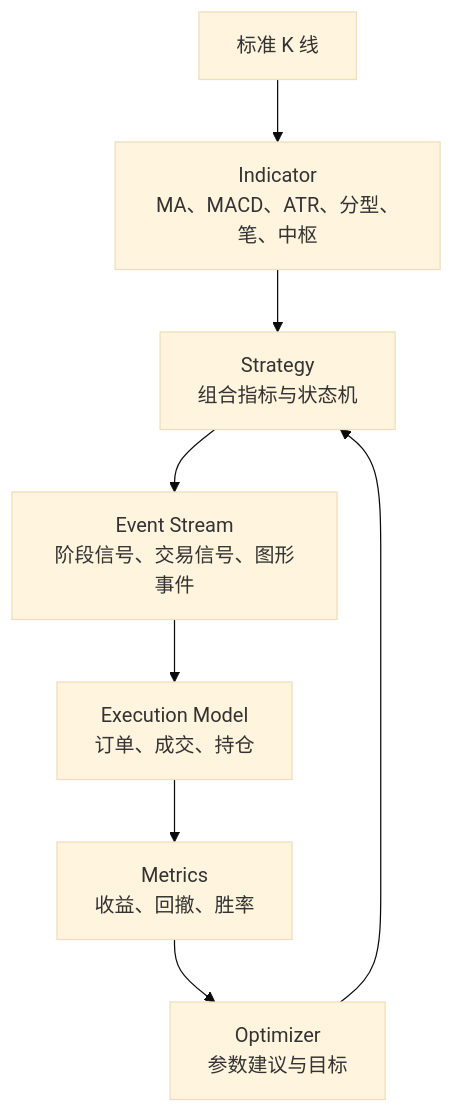
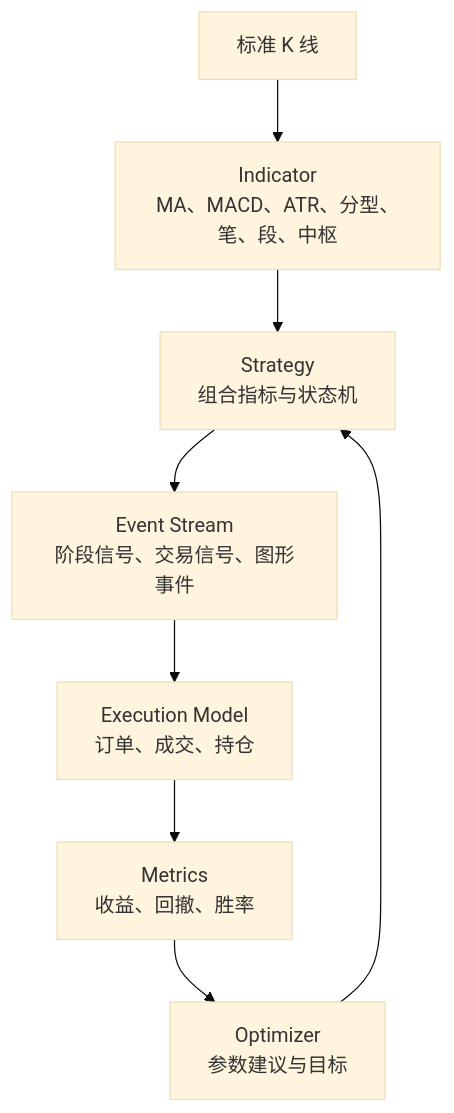
The diagram in docs/05-indicators-strategies-replay-backtest.md (luhouxiang/tradingview-historical-backtest), drawn with Mermaid (base theme) before and after one commit. The commit also changed other lines of this file and 45 other files, not shown here.

```diff
--- a/docs/05-indicators-strategies-replay-backtest.md
+++ b/docs/05-indicators-strategies-replay-backtest.md
@@ -5,10 +5,10 @@
 ~~~mermaid
 flowchart TD
-    D["标准 K 线"] --> I["Indicator<br/>MA、MACD、ATR、分型、笔、中枢"]
+    D["标准 K 线"] --> I["Indicator<br/>MA、MACD、ATR、分型、笔、段、中枢"]
     I --> S["Strategy<br/>组合指标与状态机"]
     S --> E["Event Stream<br/>阶段信号、交易信号、图形事件"]
     E --> X["Execution Model<br/>订单、成交、持仓"]
     X --> M["Metrics<br/>收益、回撤、胜率"]
     O["Optimizer<br/>参数建议与目标"] --> S
     M --> O
 ~~~
```
